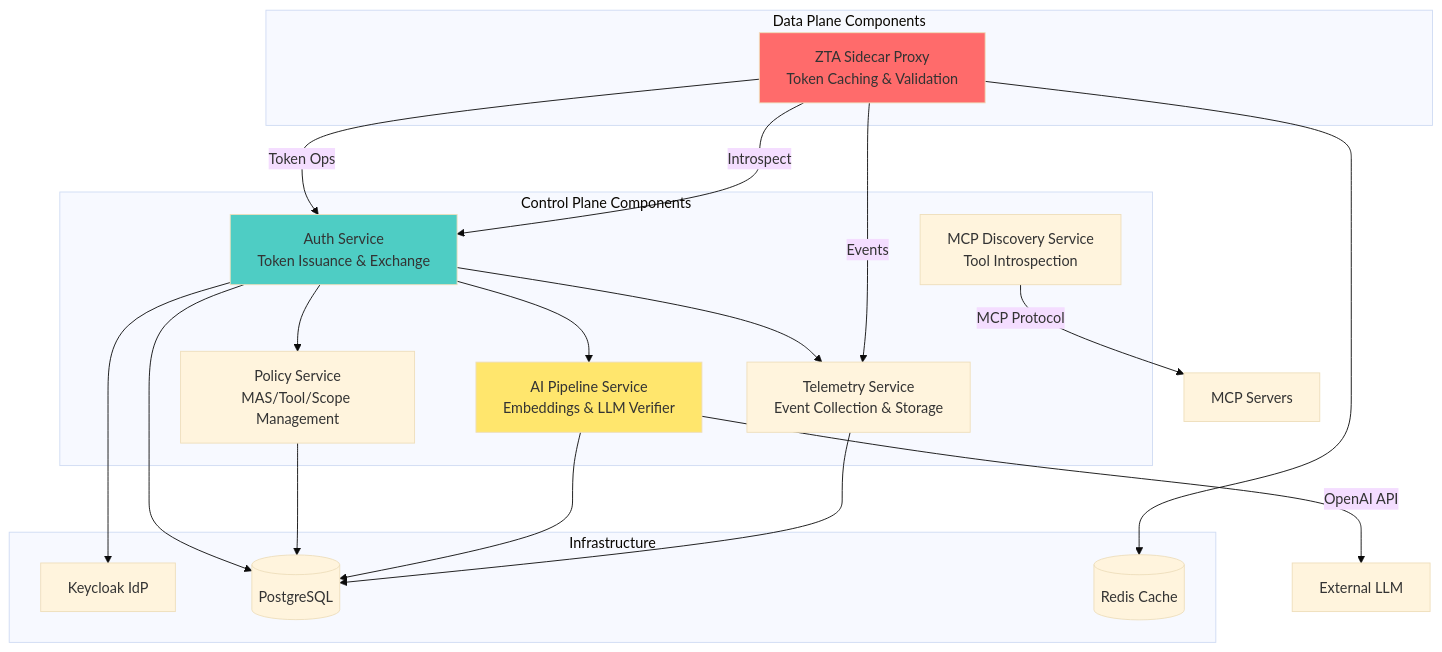
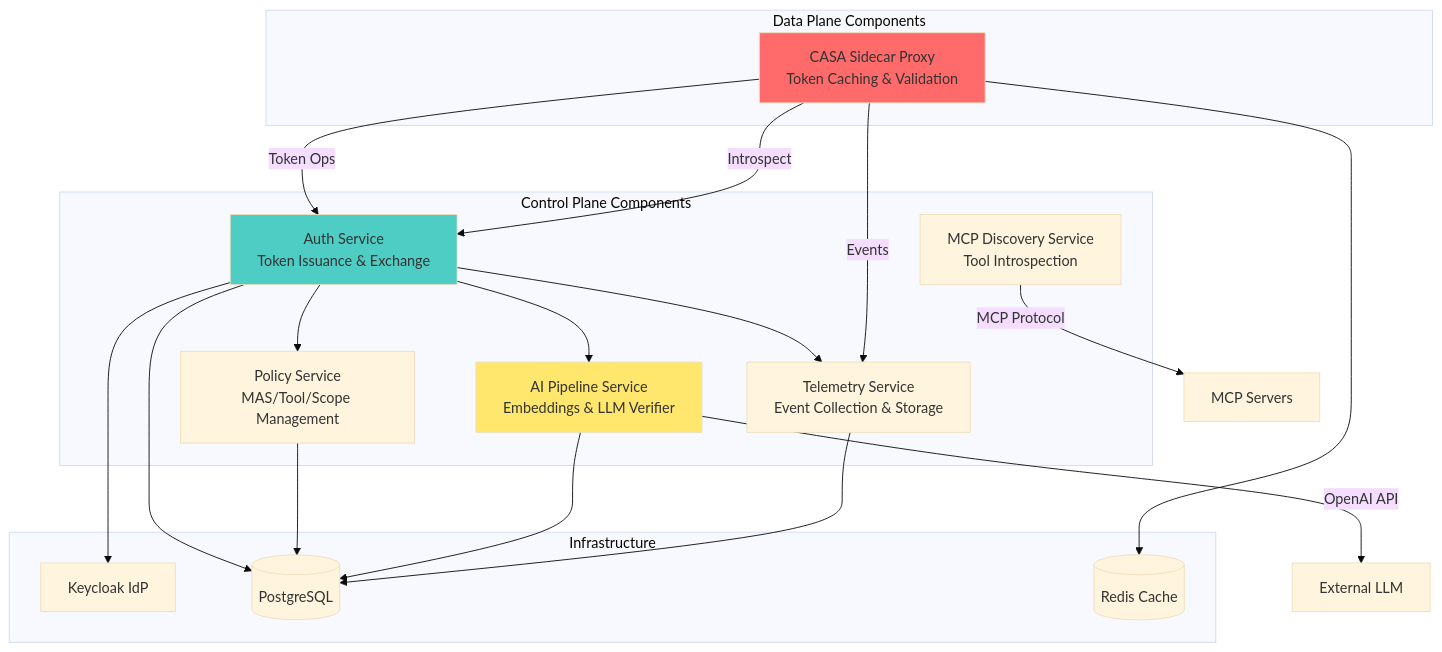
Before and after one commit to outshift-open/CASA: the fourth of 16 diagrams in contrib/wip/it1/SPECS.md, drawn with Mermaid (base theme). The commit also changed other lines of this file and 294 other files, not shown here.

Commit message:
feat: Rename from ZTA to CASA

````diff
--- a/contrib/wip/it1/SPECS.md
+++ b/contrib/wip/it1/SPECS.md
@@ -265,41 +265,41 @@
 ```mermaid
 graph TB
     subgraph "Control Plane Components"
         AUTH[Auth Service<br/>Token Issuance & Exchange]
         POLICY[Policy Service<br/>MAS/Tool/Scope Management]
         PIPE[AI Pipeline Service<br/>Embeddings & LLM Verifier]
         TELEM[Telemetry Service<br/>Event Collection & Storage]
         DISC[MCP Discovery Service<br/>Tool Introspection]
     end
 
     subgraph "Data Plane Components"
-        SIDECAR[ZTA Sidecar Proxy<br/>Token Caching & Validation]
+        SIDECAR[CASA Sidecar Proxy<br/>Token Caching & Validation]
     end
 
     subgraph "Infrastructure"
         KC[Keycloak IdP]
         PG[(PostgreSQL)]
         REDIS[(Redis Cache)]
     end
 
     AUTH --> KC
     AUTH --> PG
     AUTH --> POLICY
     AUTH --> PIPE
     AUTH --> TELEM
 
     POLICY --> PG
     PIPE --> PG
     PIPE -->|OpenAI API| EXT[External LLM]
     TELEM --> PG
     DISC -->|MCP Protocol| MCP_EXT[MCP Servers]
 
     SIDECAR -->|Token Ops| AUTH
     SIDECAR -->|Introspect| AUTH
     SIDECAR --> REDIS
     SIDECAR -->|Events| TELEM
 
     style AUTH fill:#4ecdc4
     style SIDECAR fill:#ff6b6b
     style PIPE fill:#ffe66d
 ```
````
